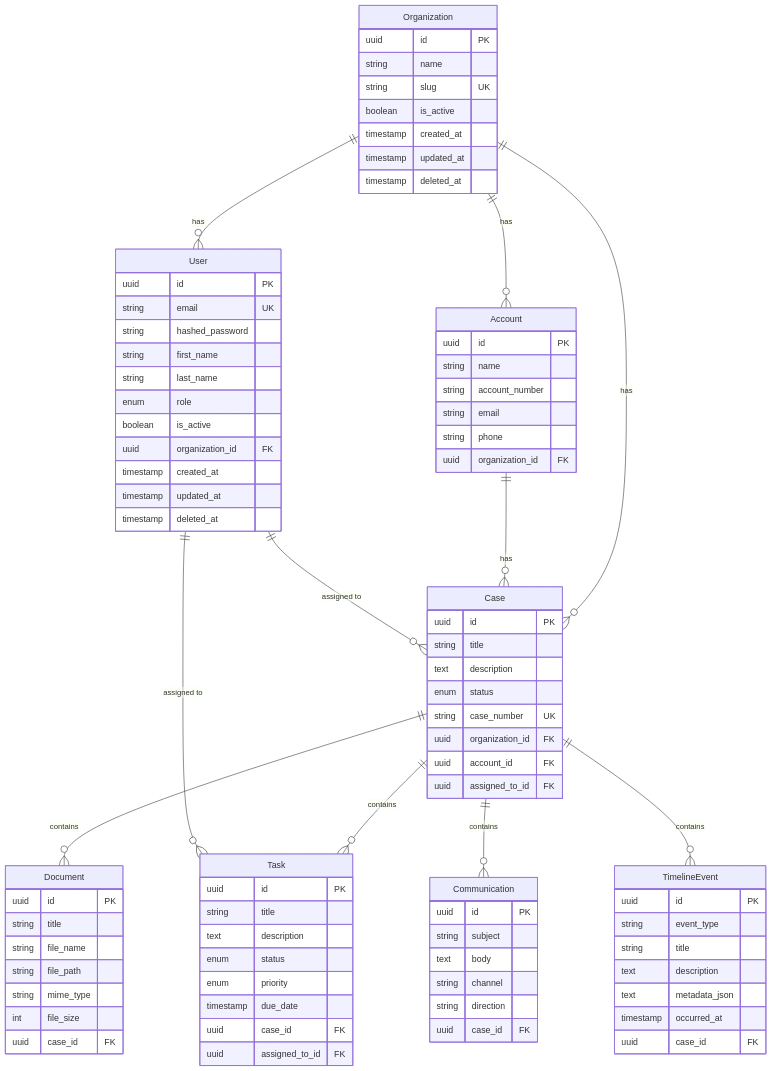
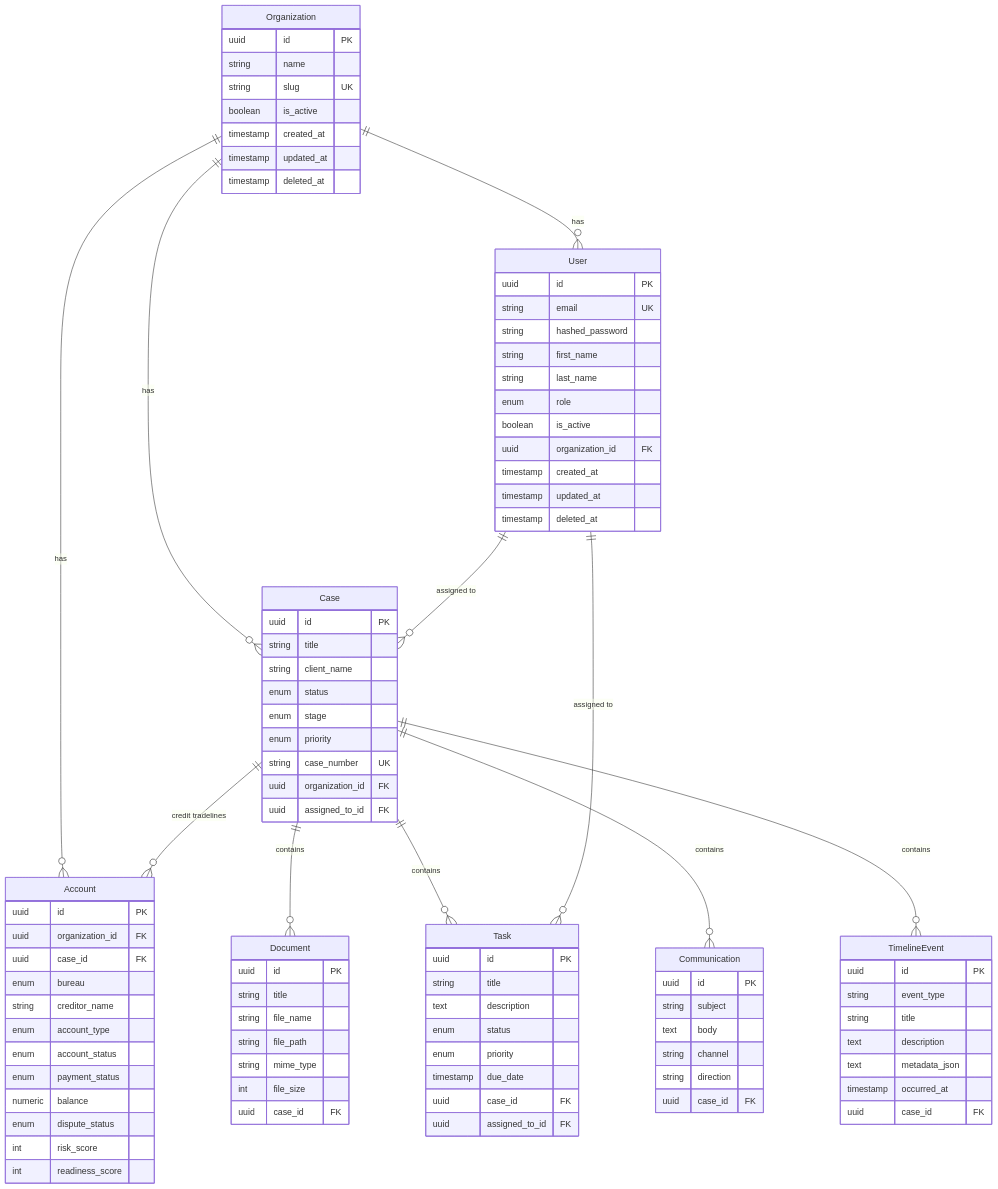
Before and after one commit to EncompassMSP-LLC/verdin-credit-platform: the diagram in docs/database/erd.md, drawn with Mermaid. The commit also changed other lines of this file and 43 other files, not shown here.

```diff
--- a/docs/database/erd.md
+++ b/docs/database/erd.md
@@ -7,7 +7,7 @@
     Organization ||--o{ User : has
     Organization ||--o{ Case : has
     Organization ||--o{ Account : has
-    Account ||--o{ Case : has
+    Case ||--o{ Account : "credit tradelines"
     User ||--o{ Case : "assigned to"
     Case ||--o{ Document : contains
     Case ||--o{ Task : contains
@@ -41,21 +41,28 @@
 
     Account {
         uuid id PK
-        string name
-        string account_number
-        string email
-        string phone
         uuid organization_id FK
+        uuid case_id FK
+        enum bureau
+        string creditor_name
+        enum account_type
+        enum account_status
+        enum payment_status
+        numeric balance
+        enum dispute_status
+        int risk_score
+        int readiness_score
     }
 
     Case {
         uuid id PK
         string title
-        text description
+        string client_name
         enum status
+        enum stage
+        enum priority
         string case_number UK
         uuid organization_id FK
-        uuid account_id FK
         uuid assigned_to_id FK
     }
 
```
